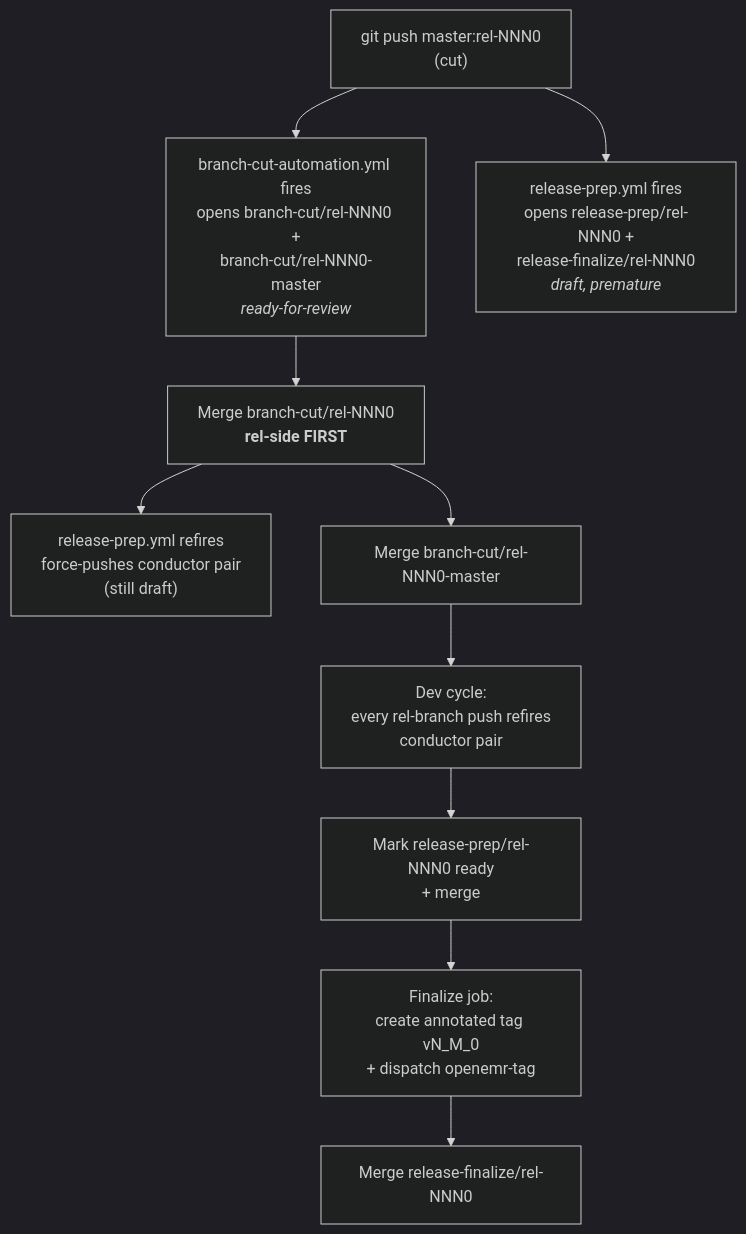
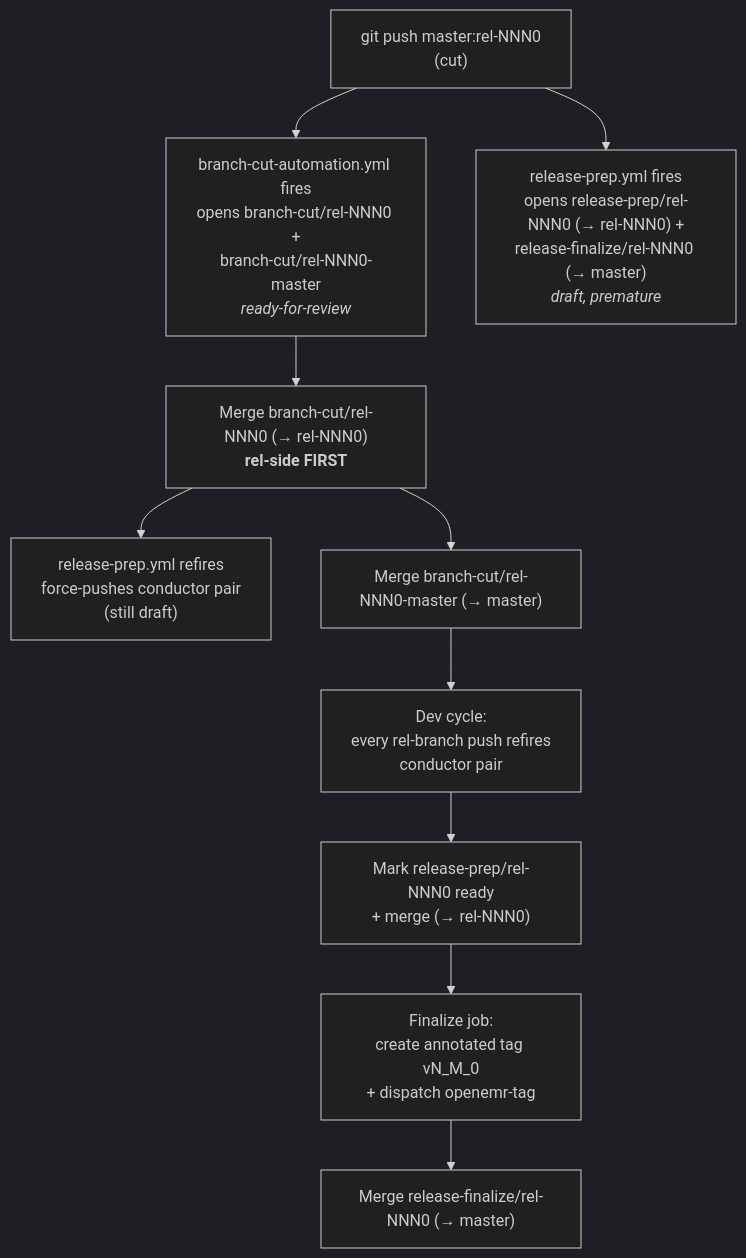
Before and after one commit to openemr/openemr: the first of 2 diagrams in docs/release-automation-plan.md, drawn with Mermaid (dark theme). The commit also changed other lines of this file, not shown here.

First line of the commit message:
docs(release): add explicit target hints for release-finalize

````diff
--- a/docs/release-automation-plan.md
+++ b/docs/release-automation-plan.md
@@ -360,13 +360,13 @@
 ```mermaid
 flowchart TD
     A["git push master:rel-NNN0<br/>(cut)"]
     A --> B["branch-cut-automation.yml fires<br/>opens branch-cut/rel-NNN0 +<br/>branch-cut/rel-NNN0-master<br/><i>ready-for-review</i>"]
-    A --> C["release-prep.yml fires<br/>opens release-prep/rel-NNN0 +<br/>release-finalize/rel-NNN0<br/><i>draft, premature</i>"]
-    B --> D["Merge branch-cut/rel-NNN0<br/><b>rel-side FIRST</b>"]
+    A --> C["release-prep.yml fires<br/>opens release-prep/rel-NNN0 (→ rel-NNN0) +<br/>release-finalize/rel-NNN0 (→ master)<br/><i>draft, premature</i>"]
+    B --> D["Merge branch-cut/rel-NNN0 (→ rel-NNN0)<br/><b>rel-side FIRST</b>"]
     D --> E["release-prep.yml refires<br/>force-pushes conductor pair<br/>(still draft)"]
-    D --> F["Merge branch-cut/rel-NNN0-master"]
+    D --> F["Merge branch-cut/rel-NNN0-master (→ master)"]
     F --> G["Dev cycle:<br/>every rel-branch push refires<br/>conductor pair"]
-    G --> H["Mark release-prep/rel-NNN0 ready<br/>+ merge"]
+    G --> H["Mark release-prep/rel-NNN0 ready<br/>+ merge (→ rel-NNN0)"]
     H --> I["Finalize job:<br/>create annotated tag vN_M_0<br/>+ dispatch openemr-tag"]
-    I --> J["Merge release-finalize/rel-NNN0"]
+    I --> J["Merge release-finalize/rel-NNN0 (→ master)"]
 ```
````
